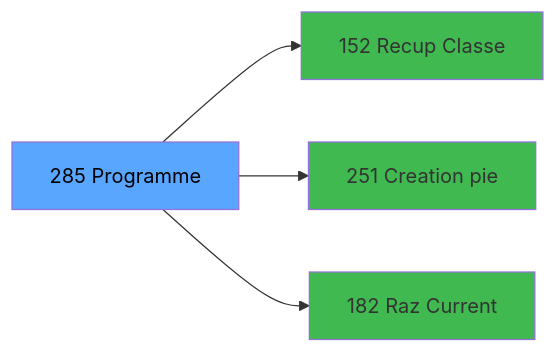
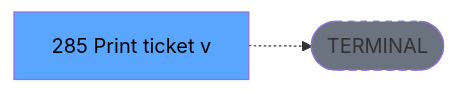
One commit to thonyAGP/lecteur-magic changed the third of 3 diagrams in .openspec/specs/ADH-IDE-285.md. Above: the diagram before and after it, drawn with Mermaid. The commit also changed other lines of this file and 701 other files, not shown here.

````diff
--- a/.openspec/specs/ADH-IDE-285.md
+++ b/.openspec/specs/ADH-IDE-285.md
@@ -162,14 +150,8 @@
 ```mermaid
 graph LR
-    T[285 Programme]
-    C152[152 Recup Classe]
-    T --> C152
-    C251[251 Creation pie]
-    T --> C251
-    C182[182 Raz Current ]
-    T --> C182
+    T[285  Print ticket v]
+    TERM([TERMINAL])
+    T -.-> TERM
+    style TERM fill:#6b7280,stroke-dasharray: 5 5
     style T fill:#58a6ff,color:#000
-    style C152 fill:#3fb950
-    style C251 fill:#3fb950
-    style C182 fill:#3fb950
 ```
````
